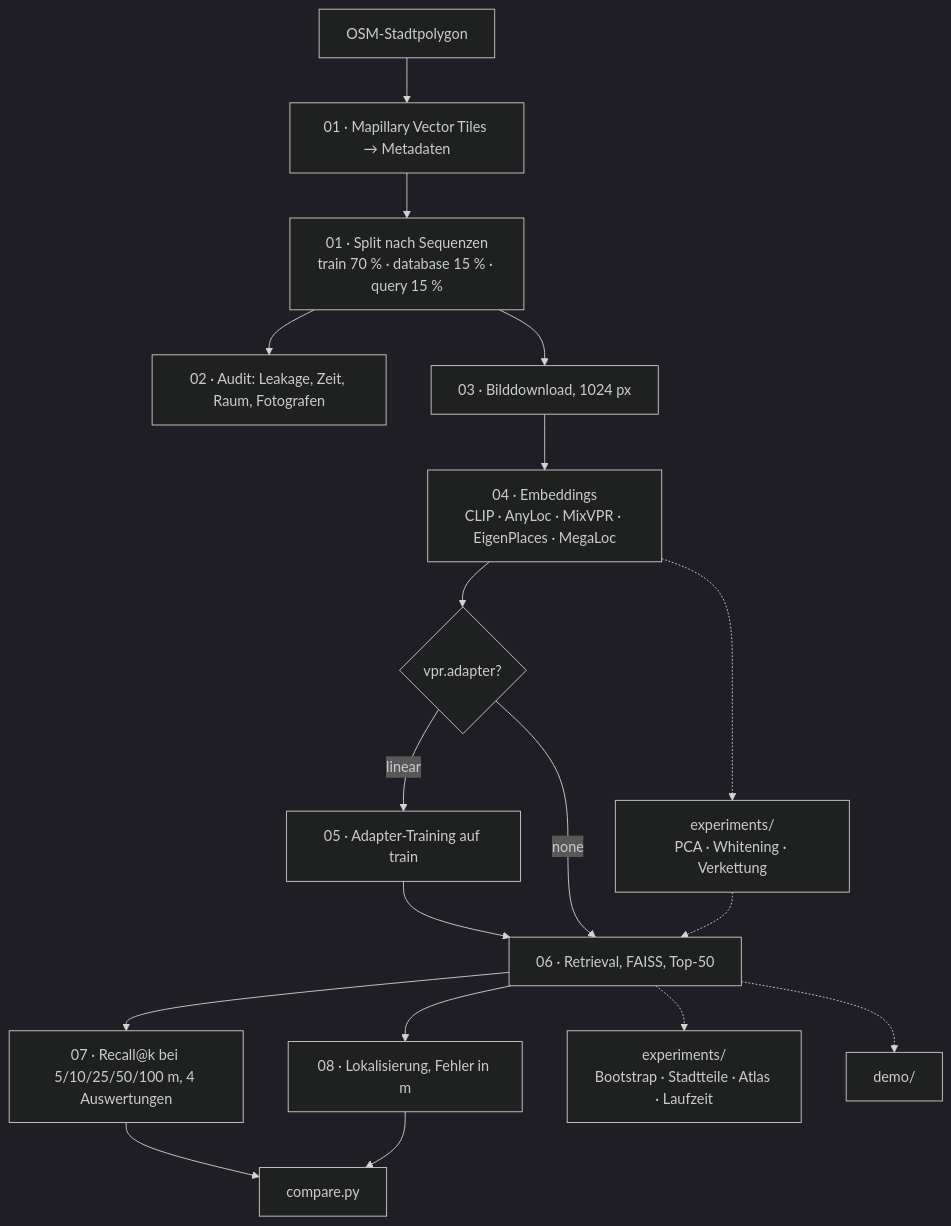
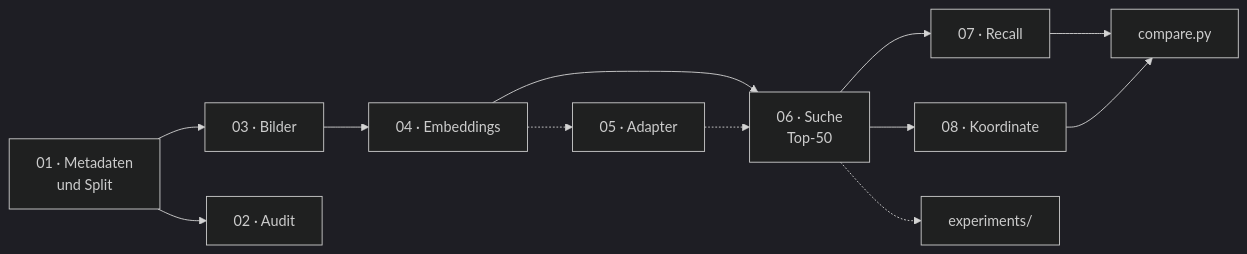
The diagram in README.md (nbomers/VisualPlaceRecognition), drawn with Mermaid (dark theme) before and after one commit. The commit also changed other lines of this file and 1 other file, not shown here.

````diff
--- a/README.md
+++ b/README.md
@@ -286,20 +200,14 @@
 ```mermaid
-flowchart TD
-    A[OSM-Stadtpolygon] --> B[01 · Mapillary Vector Tiles → Metadaten]
-    B --> C[01 · Split nach Sequenzen<br/>train 70 % · database 15 % · query 15 %]
-    C --> D[02 · Audit: Leakage, Zeit, Raum, Fotografen]
-    C --> E[03 · Bilddownload, 1024 px]
-    E --> F[04 · Embeddings<br/>CLIP · AnyLoc · MixVPR · EigenPlaces · MegaLoc]
-    F --> G{vpr.adapter?}
-    G -- linear --> H[05 · Adapter-Training auf train]
-    H --> I
-    G -- none --> I[06 · Retrieval, FAISS, Top-50]
-    F -.-> X[experiments/<br/>PCA · Whitening · Verkettung]
-    X -.-> I
-    I --> J[07 · Recall@k bei 5/10/25/50/100 m, 4 Auswertungen]
-    I --> K[08 · Lokalisierung, Fehler in m]
-    J --> L[compare.py]
-    K --> L
-    I -.-> M[experiments/<br/>Bootstrap · Stadtteile · Atlas · Laufzeit]
-    I -.-> N[demo/]
+flowchart LR
+    A[01 · Metadaten<br/>und Split] --> B[03 · Bilder]
+    B --> C[04 · Embeddings]
+    C --> D[06 · Suche<br/>Top-50]
+    C -.-> H[05 · Adapter]
+    H -.-> D
+    D --> E[07 · Recall]
+    D --> F[08 · Koordinate]
+    E --> G[compare.py]
+    F --> G
+    A --> I[02 · Audit]
+    D -.-> X[experiments/]
 ```
````
